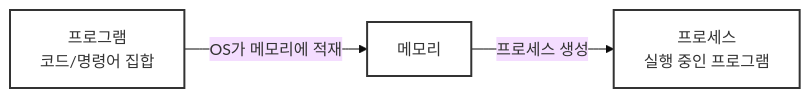
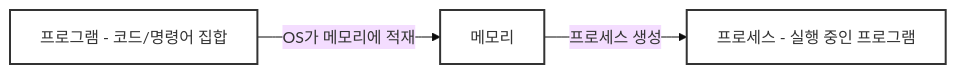
Before and after one commit to scorchedrice/cbamo: the diagram in 1주차/금요일/한지웅-재귀.md, drawn with Mermaid (base theme). The commit also changed other lines of this file, not shown here.

````diff
--- a/1주차/금요일/한지웅-재귀.md
+++ b/1주차/금요일/한지웅-재귀.md
@@ -20,13 +20,13 @@
   ```mermaid
   flowchart LR
-      Program[프로그램\n코드/명령어 집합]
+      Program[프로그램 - 코드/명령어 집합]
       Memory[메모리]
-      Process[프로세스\n실행 중인 프로그램]
+      Process[프로세스 - 실행 중인 프로그램]
       
       Program -->|OS가 메모리에 적재| Memory
       Memory -->|프로세스 생성| Process
   
       style Program fill:#fff,stroke:#333,stroke-width:2px
       style Memory fill:#fff,stroke:#333,stroke-width:2px
       style Process fill:#fff,stroke:#333,stroke-width:2px
   ```
````
